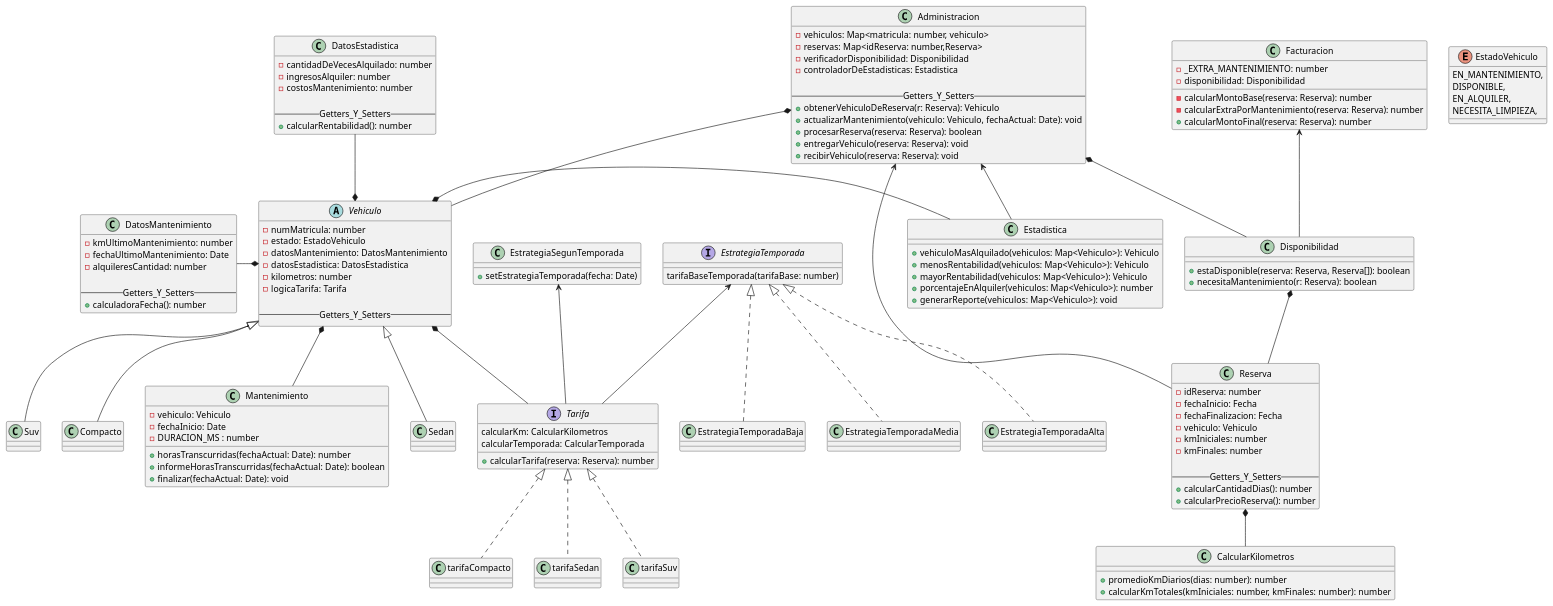
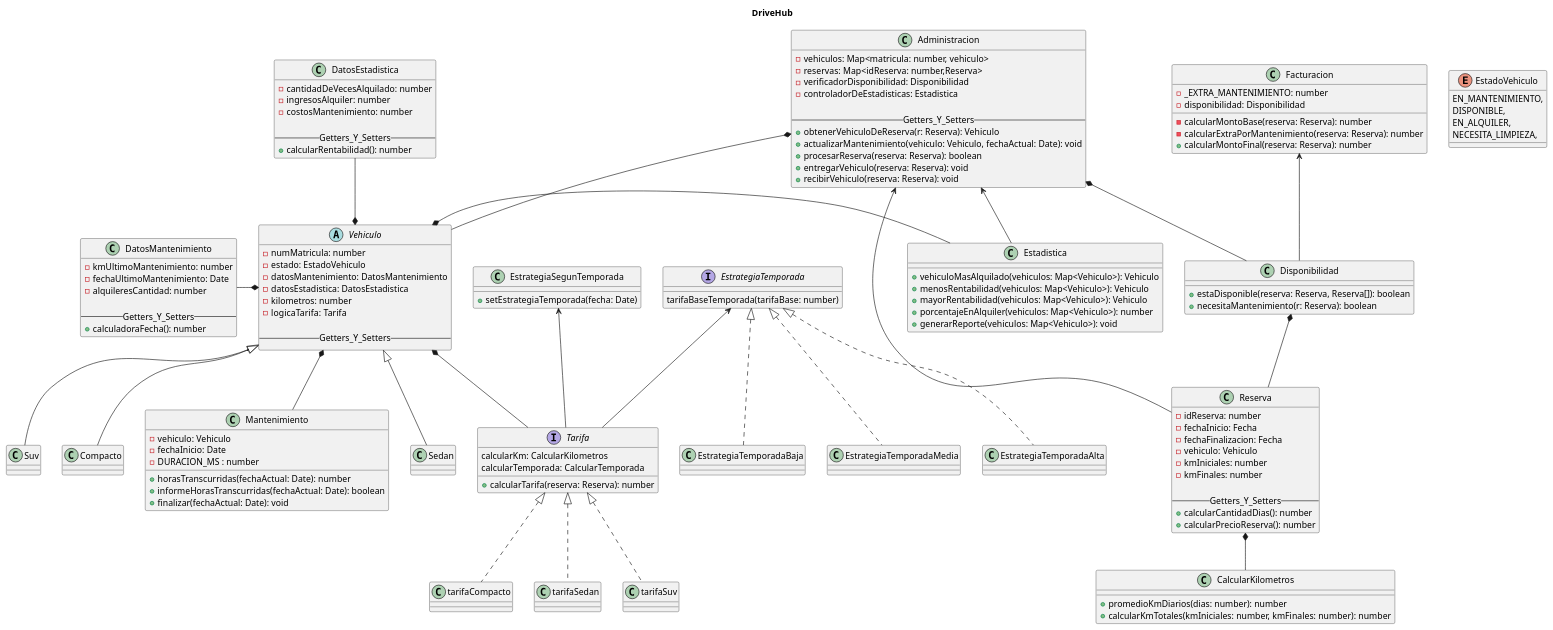
The diagram in diagramas/clases/clases.puml (Nash-Blip/Programaci-n-II), drawn with PlantUML before and after one commit. The commit also changed 2 other files, not shown here.

Commit message:
diagrama de sequencias y clases

```diff
--- a/diagramas/clases/clases.puml
+++ b/diagramas/clases/clases.puml
@@ -1,150 +1,151 @@
-@startuml name prototipoTP
+@startuml 
+title DriveHub
 
 abstract class Vehiculo{
     - numMatricula: number
     - estado: EstadoVehiculo
     - datosMantenimiento: DatosMantenimiento
     - datosEstadistica: DatosEstadistica
     - kilometros: number
     - logicaTarifa: Tarifa
 
     --Getters_Y_Setters--
 }
 
 class Sedan extends Vehiculo{}
 class Suv extends Vehiculo{}
 class Compacto extends Vehiculo{}
 
 class EstrategiaSegunTemporada{
     +setEstrategiaTemporada(fecha: Date)
 }
 
 interface EstrategiaTemporada{
     tarifaBaseTemporada(tarifaBase: number)
 }
 
 class EstrategiaTemporadaAlta implements EstrategiaTemporada{}
 
 class EstrategiaTemporadaBaja implements EstrategiaTemporada{}
 
 class EstrategiaTemporadaMedia implements EstrategiaTemporada{}
 
 class DatosEstadistica{
     -cantidadDeVecesAlquilado: number
     -ingresosAlquiler: number
     -costosMantenimiento: number
 
     --Getters_Y_Setters--
     +calcularRentabilidad(): number
 }
 
 class Mantenimiento{
     - vehiculo: Vehiculo
     - fechaInicio: Date
     - DURACION_MS : number
 
     +horasTranscurridas(fechaActual: Date): number
     +informeHorasTranscurridas(fechaActual: Date): boolean
     +finalizar(fechaActual: Date): void
 }
 
 class DatosMantenimiento{
     -kmUltimoMantenimiento: number
     -fechaUltimoMantenimiento: Date 
     -alquileresCantidad: number
 
     --Getters_Y_Setters--
     + calculadoraFecha(): number
 }
 
 interface Tarifa{
     calcularKm: CalcularKilometros
     calcularTemporada: CalcularTemporada
     +calcularTarifa(reserva: Reserva): number
 }
 
 class tarifaSuv implements Tarifa{}
 
 class tarifaCompacto implements Tarifa{}
 
 class tarifaSedan implements Tarifa{}
 
 class Reserva{
     -idReserva: number
     -fechaInicio: Fecha
     -fechaFinalizacion: Fecha
     -vehiculo: Vehiculo
     -kmIniciales: number
     -kmFinales: number
 
     --Getters_Y_Setters--
     +calcularCantidadDias(): number
     +calcularPrecioReserva(): number
 }
 
 class CalcularKilometros{
     +promedioKmDiarios(dias: number): number
     +calcularKmTotales(kmIniciales: number, kmFinales: number): number
 }
 
 enum EstadoVehiculo{
     EN_MANTENIMIENTO,
     DISPONIBLE,
     EN_ALQUILER,
     NECESITA_LIMPIEZA,
 }
 
 class Facturacion {
     - _EXTRA_MANTENIMIENTO: number
     - disponibilidad: Disponibilidad
 
     - calcularMontoBase(reserva: Reserva): number
     - calcularExtraPorMantenimiento(reserva: Reserva): number
     + calcularMontoFinal(reserva: Reserva): number
 }
 
 class Administracion{
     -vehiculos: Map<matricula: number, vehiculo>
     -reservas: Map<idReserva: number,Reserva>
     -verificadorDisponibilidad: Disponibilidad
     -controladorDeEstadisticas: Estadistica
 
     --Getters_Y_Setters--
     +obtenerVehiculoDeReserva(r: Reserva): Vehiculo
     +actualizarMantenimiento(vehiculo: Vehiculo, fechaActual: Date): void
     +procesarReserva(reserva: Reserva): boolean
     +entregarVehiculo(reserva: Reserva): void
     +recibirVehiculo(reserva: Reserva): void
 }
 
 class Disponibilidad{
     + estaDisponible(reserva: Reserva, Reserva[]): boolean
     + necesitaMantenimiento(r: Reserva): boolean
 }
 
 class Estadistica{
     + vehiculoMasAlquilado(vehiculos: Map<Vehiculo>): Vehiculo
     + menosRentabilidad(vehiculos: Map<Vehiculo>): Vehiculo
     + mayorRentabilidad(vehiculos: Map<Vehiculo>): Vehiculo
     + porcentajeEnAlquiler(vehiculos: Map<Vehiculo>): number
     + generarReporte(vehiculos: Map<Vehiculo>): void
 }
 
 
 ' Relaciones
 Vehiculo *-- Tarifa
 Administracion *-- Vehiculo
 Disponibilidad *-- Reserva
 Reserva *-- CalcularKilometros
 Administracion *-- Disponibilidad
 Administracion <-- Reserva
 Vehiculo *-u- DatosEstadistica
 Vehiculo *-l- DatosMantenimiento
 Vehiculo *-r- Estadistica
 EstrategiaSegunTemporada <-- Tarifa
 EstrategiaTemporada <-- Tarifa
 Vehiculo *-- Mantenimiento
 Administracion <-- Estadistica
 Facturacion <-- Disponibilidad
 
 @enduml
```
